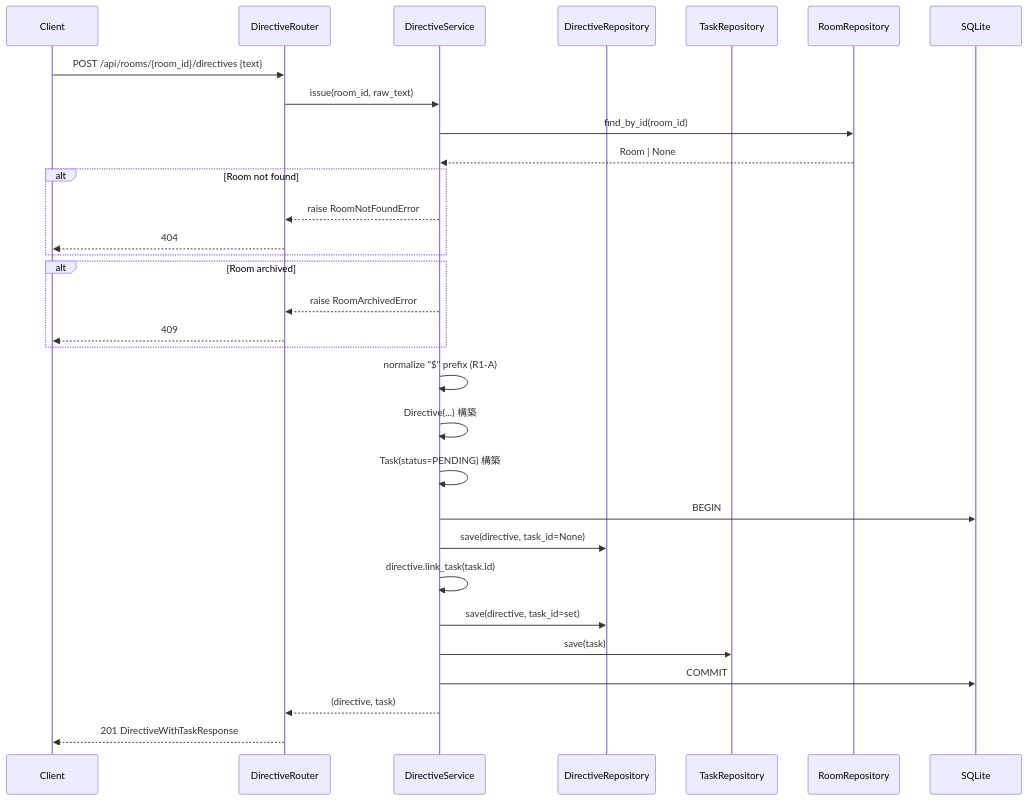
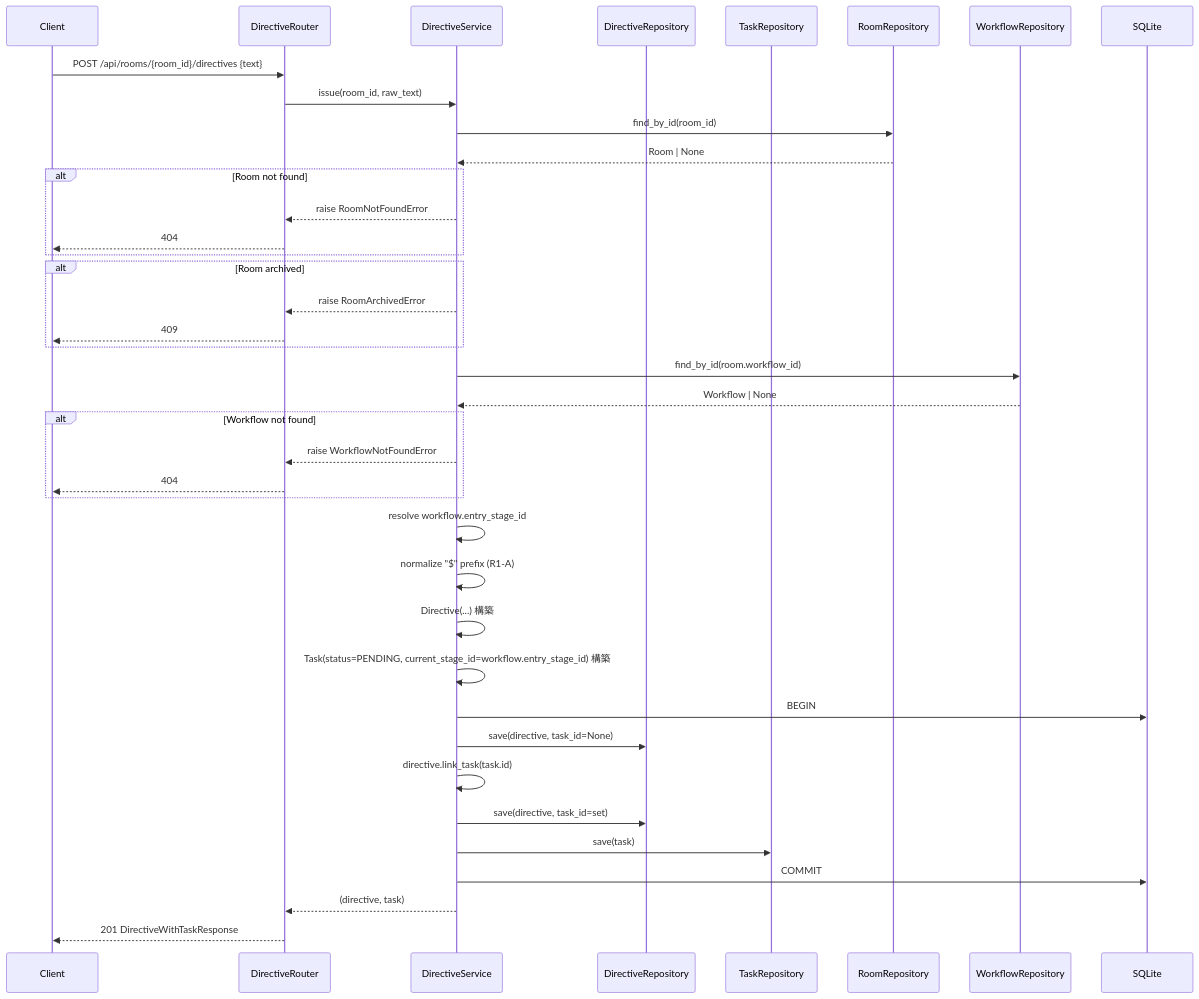
Before and after one commit to bakufu-dev/bakufu: the second of 3 diagrams in docs/features/directive/http-api/basic-design.md, drawn with Mermaid. The commit also changed other lines of this file and 1 other file, not shown here.

Commit message:
docs(task-http-api): align review exception contracts

````diff
--- a/docs/features/directive/http-api/basic-design.md
+++ b/docs/features/directive/http-api/basic-design.md
@@ -189,34 +194,42 @@
 ```mermaid
 sequenceDiagram
     participant C as Client
     participant R as DirectiveRouter
     participant S as DirectiveService
     participant DRepo as DirectiveRepository
     participant TRepo as TaskRepository
     participant RRepo as RoomRepository
+    participant WRepo as WorkflowRepository
     participant DB as SQLite
 
     C->>R: POST /api/rooms/{room_id}/directives {text}
     R->>S: issue(room_id, raw_text)
     S->>RRepo: find_by_id(room_id)
     RRepo-->>S: Room | None
     alt Room not found
         S-->>R: raise RoomNotFoundError
         R-->>C: 404
     end
     alt Room archived
         S-->>R: raise RoomArchivedError
         R-->>C: 409
     end
+    S->>WRepo: find_by_id(room.workflow_id)
+    WRepo-->>S: Workflow | None
+    alt Workflow not found
+        S-->>R: raise WorkflowNotFoundError
+        R-->>C: 404
+    end
+    S->>S: resolve workflow.entry_stage_id
     S->>S: normalize "$" prefix (R1-A)
     S->>S: Directive(...) 構築
-    S->>S: Task(status=PENDING) 構築
+    S->>S: Task(status=PENDING, current_stage_id=workflow.entry_stage_id) 構築
     S->>DB: BEGIN
     S->>DRepo: save(directive, task_id=None)
     S->>S: directive.link_task(task.id)
     S->>DRepo: save(directive, task_id=set)
     S->>TRepo: save(task)
     S->>DB: COMMIT
     S-->>R: (directive, task)
     R-->>C: 201 DirectiveWithTaskResponse
 ```
````
